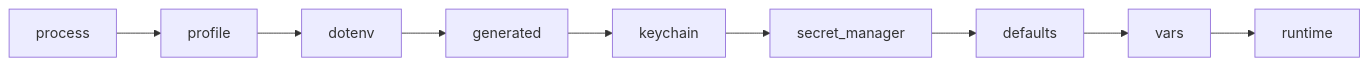
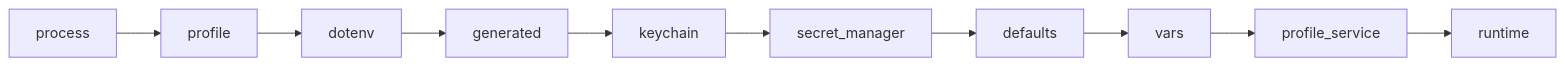
Before and after one commit to amr-m-abdelgawad/devctl: the first of 2 diagrams in docs/environment.md, drawn with Mermaid. The commit also changed other lines of this file and 39 other files, not shown here.

First line of the commit message:
feat(profiles): enhance profile configuration with named overlays and service environments

````diff
--- a/docs/environment.md
+++ b/docs/environment.md
@@ -9,4 +9,4 @@
 ```mermaid
 flowchart LR
-  process --> profile --> dotenv --> generated --> keychain --> secret_manager --> defaults --> vars --> runtime
+  process --> profile --> dotenv --> generated --> keychain --> secret_manager --> defaults --> vars --> profile_service --> runtime
 ```
````
